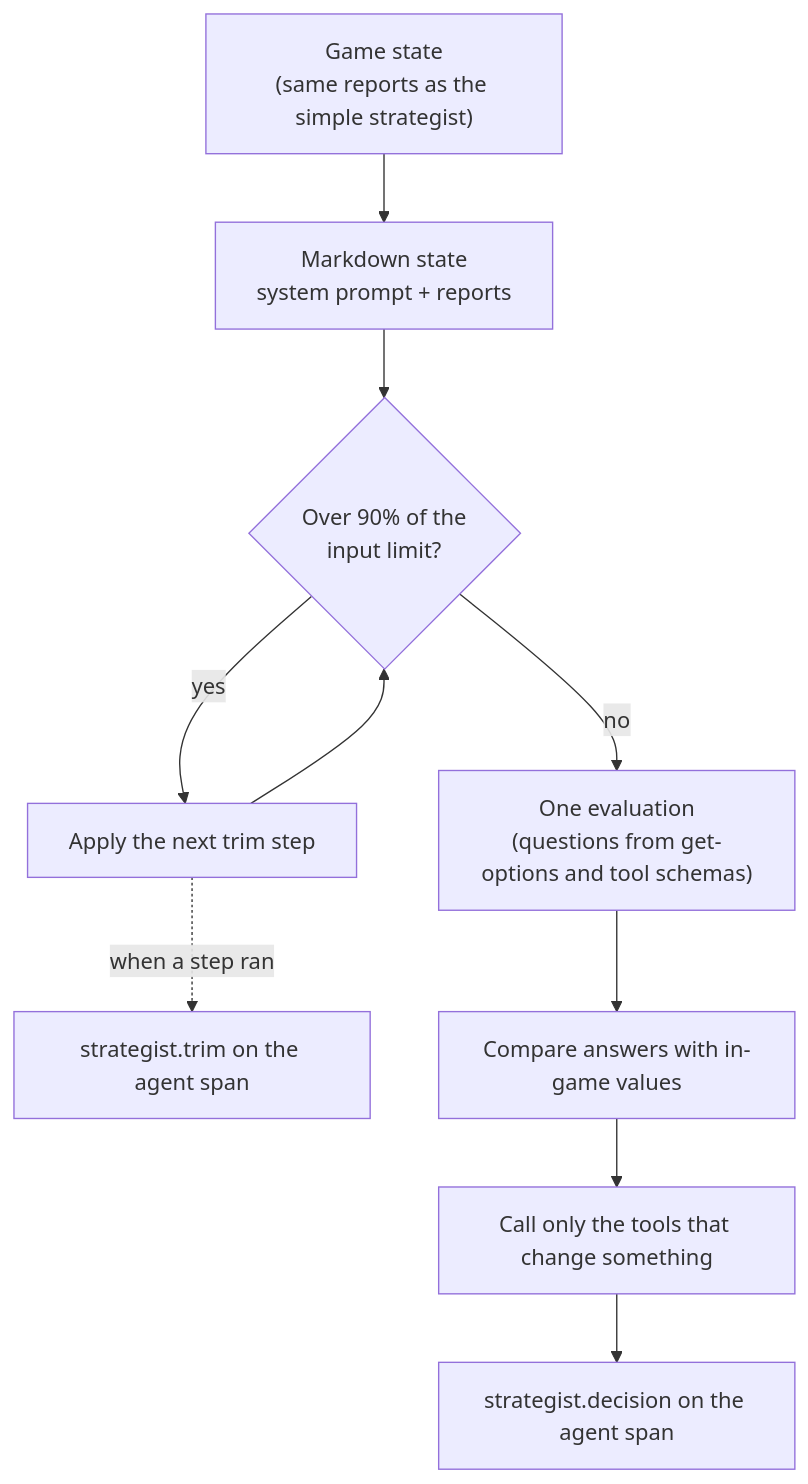
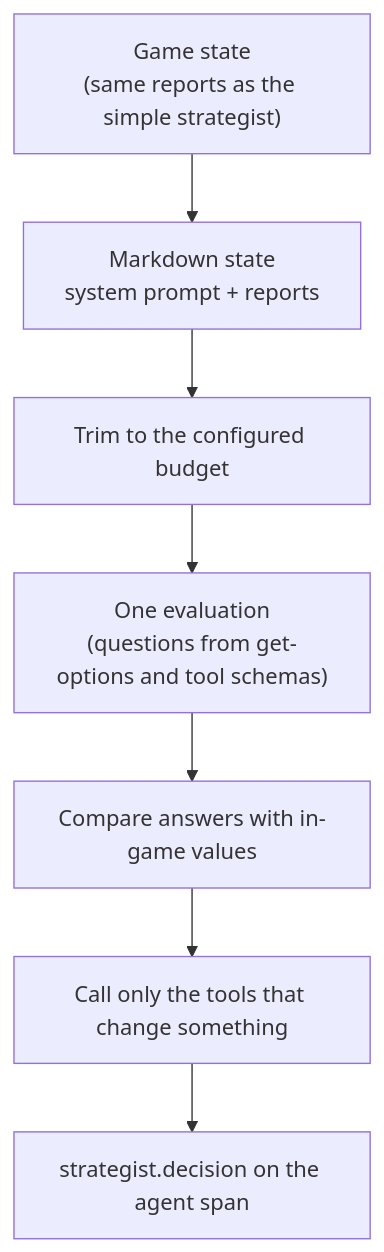
Before and after one commit to vox-deorum/vox-deorum: the diagram in docs/developers/vox-agents/agents/strategists/evaluator-strategist.md, drawn with Mermaid. The commit also changed other lines of this file and 37 other files, not shown here.

````diff
--- a/docs/developers/vox-agents/agents/strategists/evaluator-strategist.md
+++ b/docs/developers/vox-agents/agents/strategists/evaluator-strategist.md
@@ -5,11 +5,9 @@
 ```mermaid
 flowchart TD
   A["Game state<br/>(same reports as the simple strategist)"] --> B["Markdown state<br/>system prompt + reports"]
-  B --> C{"Over 90% of the<br/>input limit?"}
-  C -->|yes| D["Apply the next trim step"] --> C
-  D -.->|when a step ran| T["strategist.trim on the agent span"]
-  C -->|no| E["One evaluation<br/>(questions from get-options and tool schemas)"]
+  B --> C["Trim to the configured budget"]
+  C --> E["One evaluation<br/>(questions from get-options and tool schemas)"]
   E --> F["Compare answers with in-game values"]
   F --> G["Call only the tools that change something"]
   G --> H["strategist.decision on the agent span"]
 ```
````
